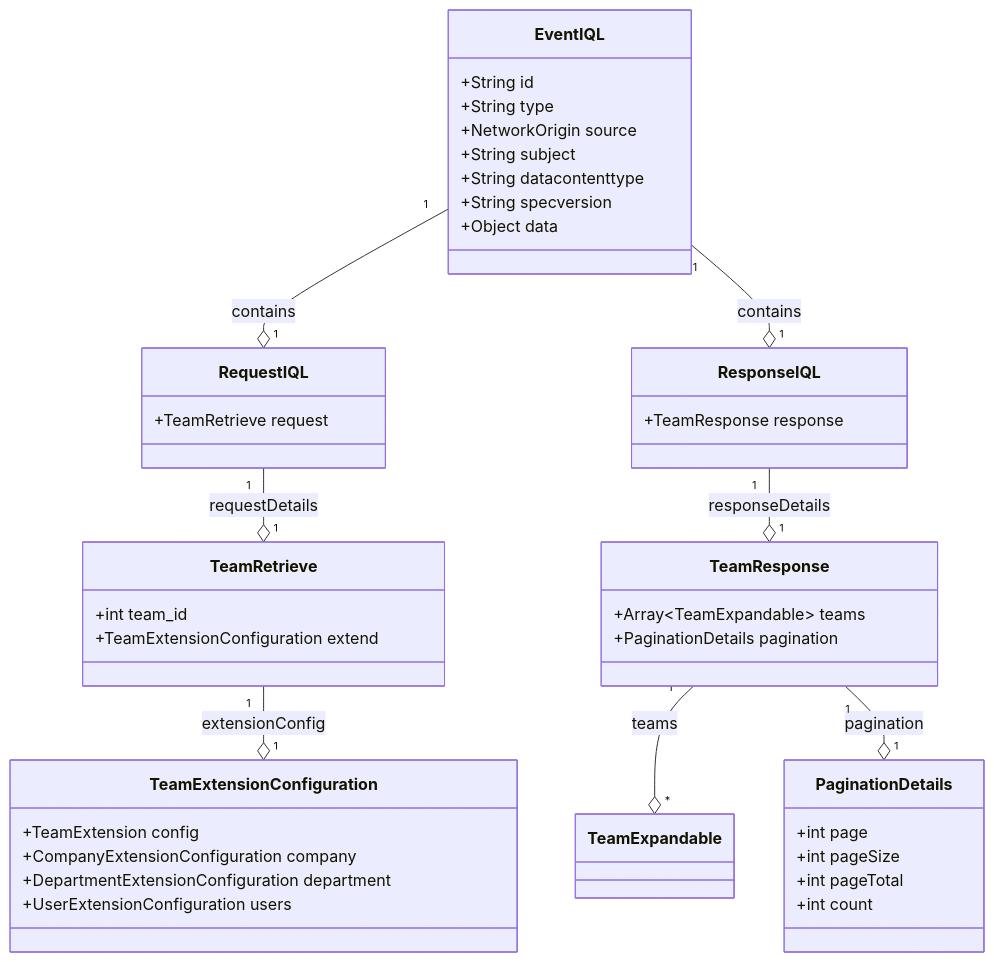
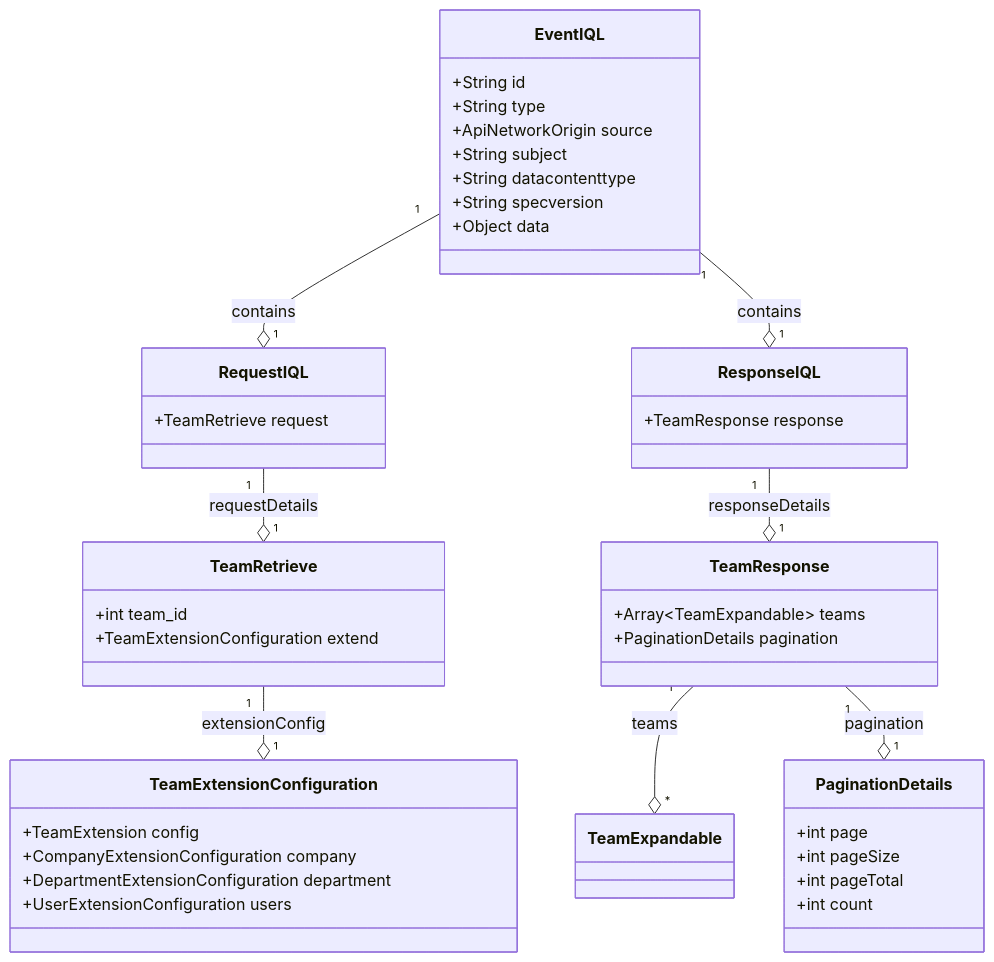
Before and after one commit to dmpvost/iql-core: the third of 3 diagrams in README_IQL.md, drawn with Mermaid. The commit also changed other lines of this file and 8 other files, not shown here.

````diff
--- a/README_IQL.md
+++ b/README_IQL.md
@@ -433,47 +433,47 @@
 ```mermaid
 classDiagram
     class EventIQL {
         +String id
         +String type
-        +NetworkOrigin source
+        +ApiNetworkOrigin source
         +String subject
         +String datacontenttype
         +String specversion
         +Object data
     }
     class RequestIQL {
         +TeamRetrieve request
     }
     class ResponseIQL {
         +TeamResponse response
     }
     class TeamRetrieve {
         +int team_id
         +TeamExtensionConfiguration extend
     }
     class TeamResponse {
         +Array~TeamExpandable~ teams
         +PaginationDetails pagination
     }
     class TeamExpandable
     class TeamExtensionConfiguration {
         +TeamExtension config
         +CompanyExtensionConfiguration company
         +DepartmentExtensionConfiguration department
         +UserExtensionConfiguration users
     }
     class PaginationDetails {
         +int page
         +int pageSize
         +int pageTotal
         +int count
     }
 
     EventIQL "1" --o "1" RequestIQL: contains
     EventIQL "1" --o "1" ResponseIQL: contains
     RequestIQL "1" --o "1" TeamRetrieve: requestDetails
     ResponseIQL "1" --o "1" TeamResponse: responseDetails
     TeamRetrieve "1" --o "1" TeamExtensionConfiguration: extensionConfig
     TeamResponse "1" --o "*" TeamExpandable: teams
     TeamResponse "1" --o "1" PaginationDetails: pagination
 ```
````
